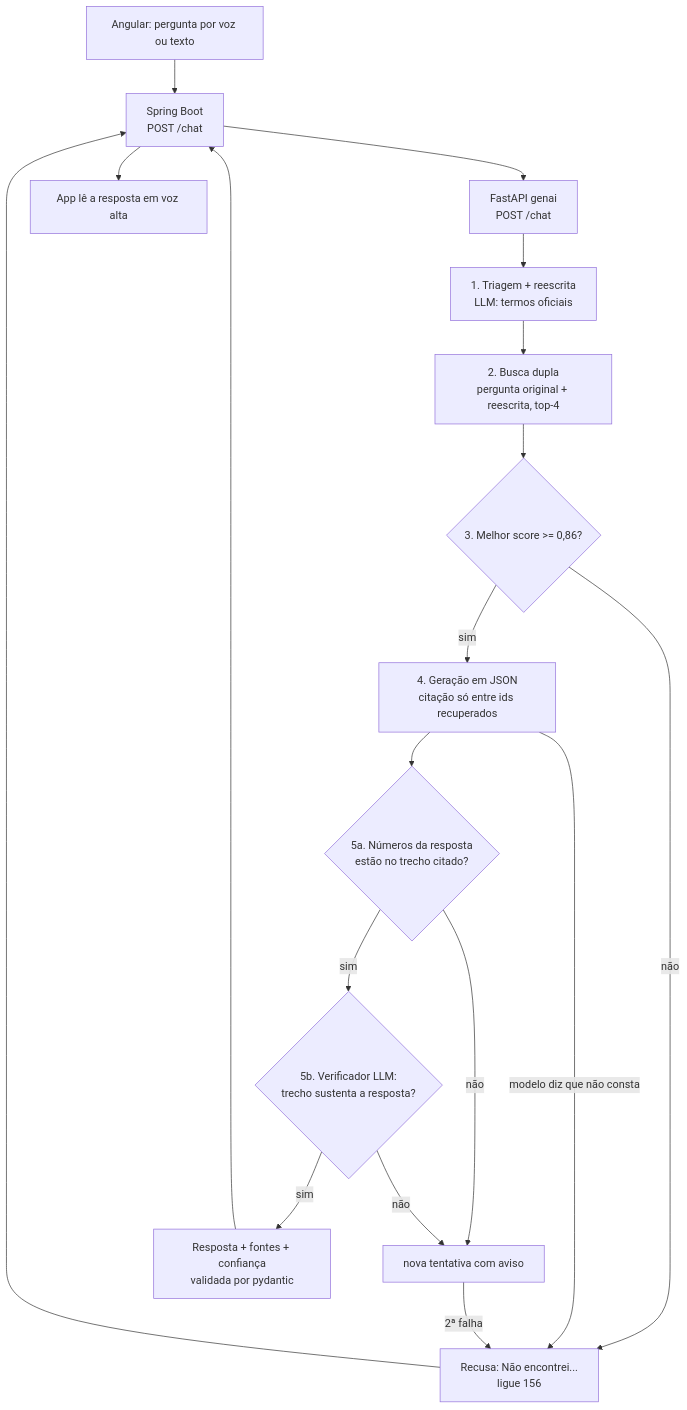
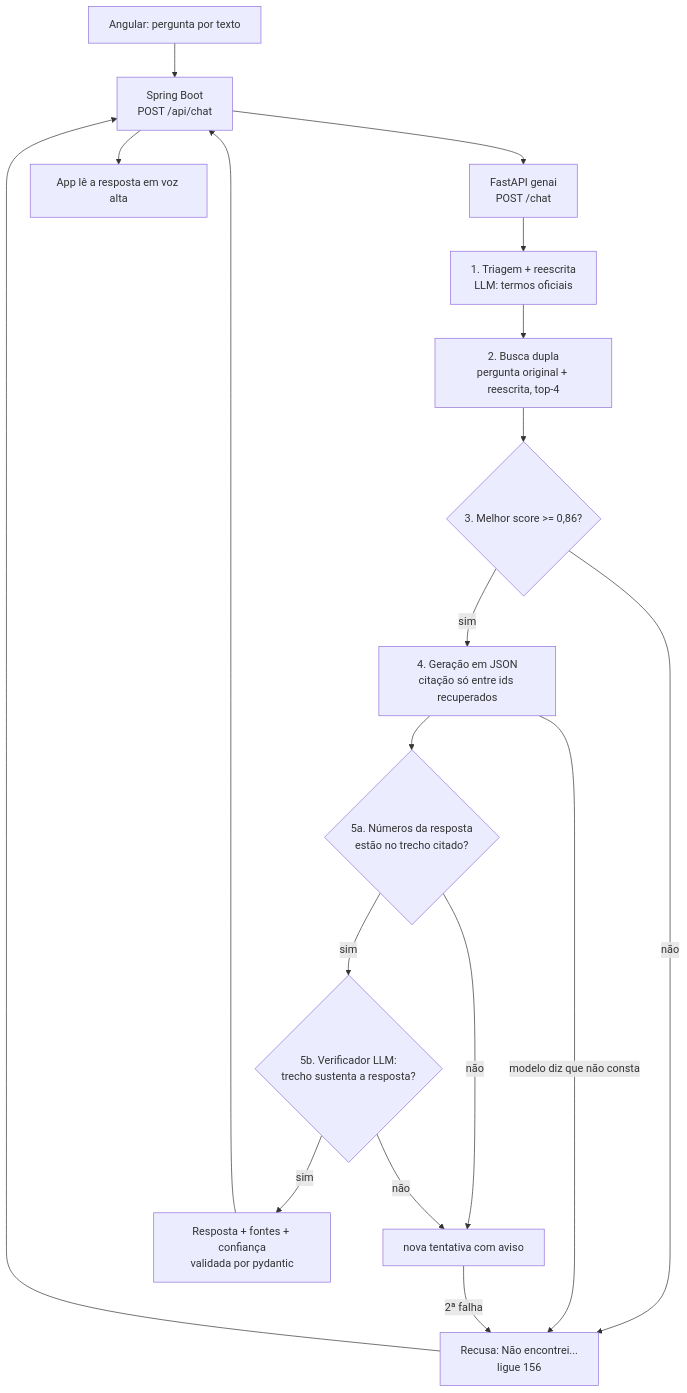
One commit to pedrobicas/ponto-falante changed the second of 2 diagrams in genai/RELATORIO.md. Above: the diagram before and after it, drawn with Mermaid. The commit also changed other lines of this file and 10 other files, not shown here.

````diff
--- a/genai/RELATORIO.md
+++ b/genai/RELATORIO.md
@@ -51,20 +56,20 @@
 ```mermaid
 flowchart TD
-    U[Angular: pergunta por voz ou texto] --> S[Spring Boot<br/>POST /chat]
+    U[Angular: pergunta por texto] --> S[Spring Boot<br/>POST /api/chat]
     S --> API[FastAPI genai<br/>POST /chat]
     API --> T[1. Triagem + reescrita<br/>LLM: termos oficiais]
     T --> B[2. Busca dupla<br/>pergunta original + reescrita, top-4]
     B --> L{3. Melhor score >= 0,86?}
     L -->|não| R[Recusa: Não encontrei...<br/>ligue 156]
     L -->|sim| G[4. Geração em JSON<br/>citação só entre ids recuperados]
     G -->|modelo diz que não consta| R
     G --> N{5a. Números da resposta<br/>estão no trecho citado?}
     N -->|não| G2[nova tentativa com aviso]
     N -->|sim| V{5b. Verificador LLM:<br/>trecho sustenta a resposta?}
     V -->|não| G2
     G2 -->|2ª falha| R
     V -->|sim| OK[Resposta + fontes + confiança<br/>validada por pydantic]
     OK --> S
     R --> S
     S --> U2[App lê a resposta em voz alta]
 ```
````
